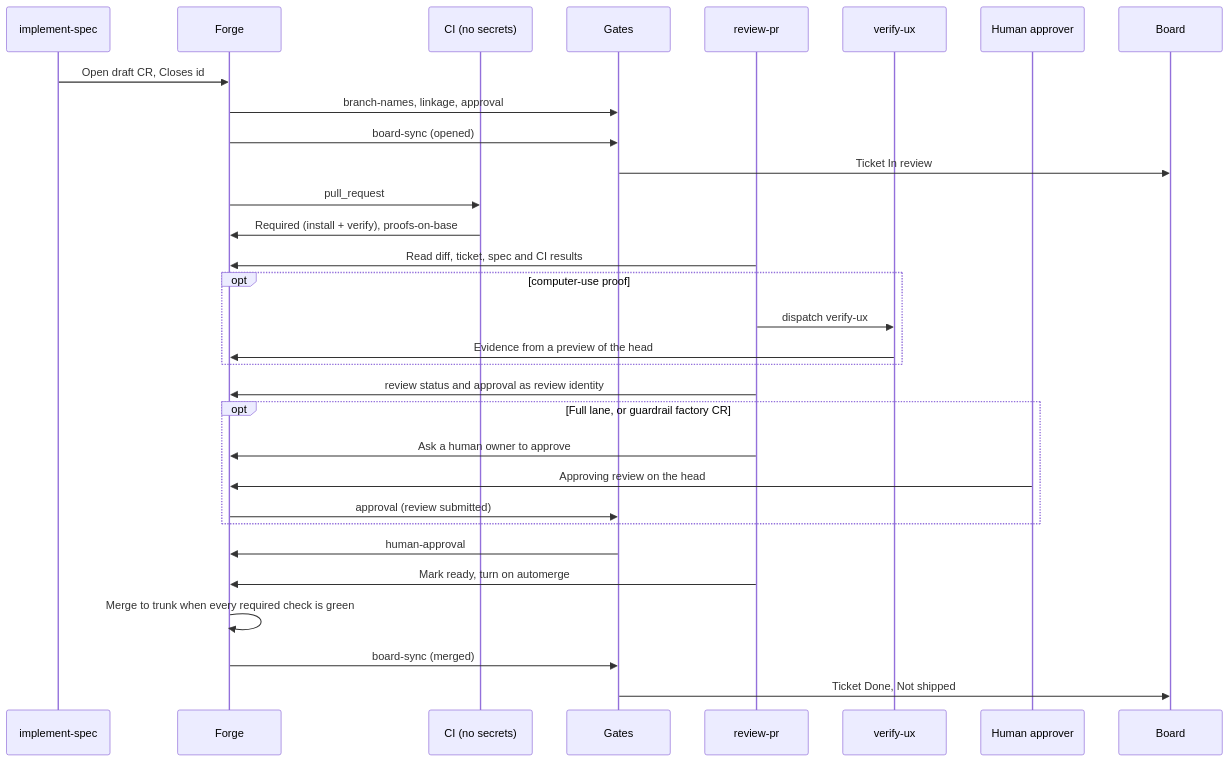
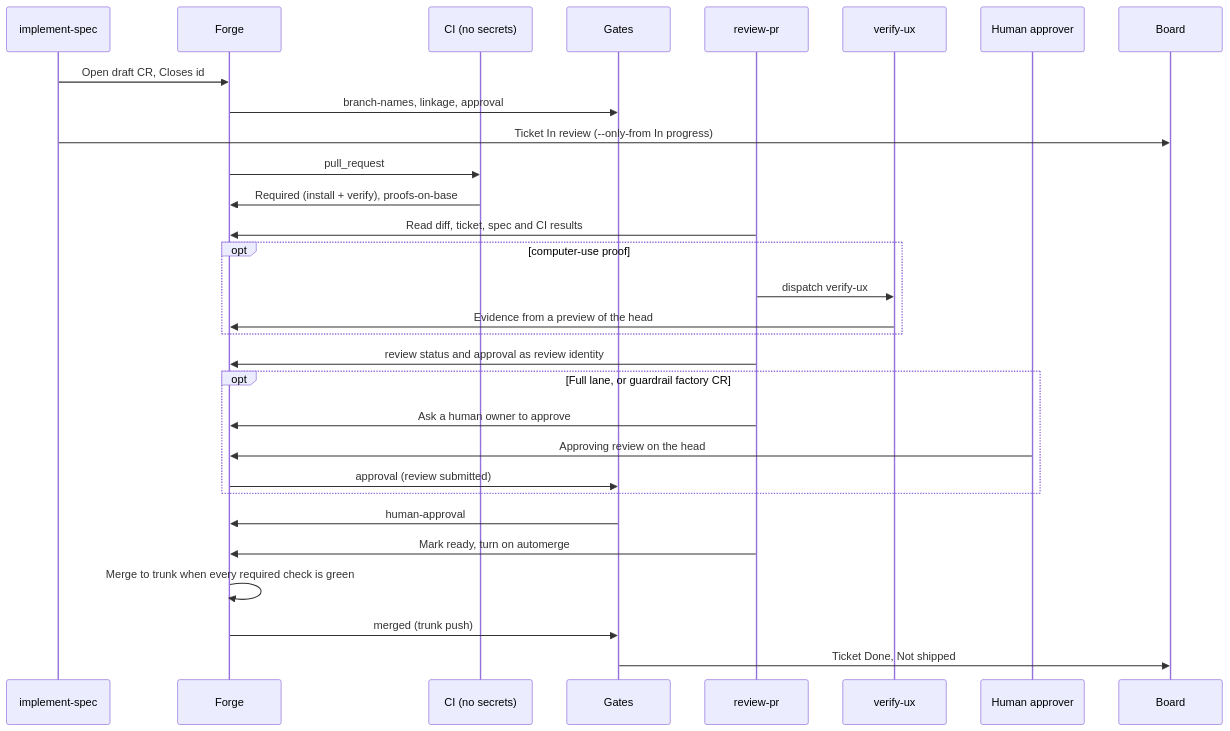
Before and after one commit to dmitriywind/agentic-sdlc: the third of 9 diagrams in docs/architecture/flows.md, drawn with Mermaid. The commit also changed other lines of this file and 34 other files, not shown here.

First line of the commit message:
step 1: one writer per board transition (gate merged replaces board-sync)

````diff
--- a/docs/architecture/flows.md
+++ b/docs/architecture/flows.md
@@ -86,33 +86,32 @@
 ```mermaid
 sequenceDiagram
   participant I as implement-spec
   participant F as Forge
   participant C as CI (no secrets)
   participant G as Gates
   participant R as review-pr
   participant U as verify-ux
   participant H as Human approver
   participant B as Board
   I->>F: Open draft CR, Closes id
   F->>G: branch-names, linkage, approval
-  F->>G: board-sync (opened)
-  G->>B: Ticket In review
+  I->>B: Ticket In review (--only-from In progress)
   F->>C: pull_request
   C->>F: Required (install + verify), proofs-on-base
   R->>F: Read diff, ticket, spec and CI results
   opt computer-use proof
     R->>U: dispatch verify-ux
     U->>F: Evidence from a preview of the head
   end
   R->>F: review status and approval as review identity
   opt Full lane, or guardrail factory CR
     R->>F: Ask a human owner to approve
     H->>F: Approving review on the head
     F->>G: approval (review submitted)
   end
   G->>F: human-approval
   R->>F: Mark ready, turn on automerge
   F->>F: Merge to trunk when every required check is green
-  F->>G: board-sync (merged)
+  F->>G: merged (trunk push)
   G->>B: Ticket Done, Not shipped
 ```
````
